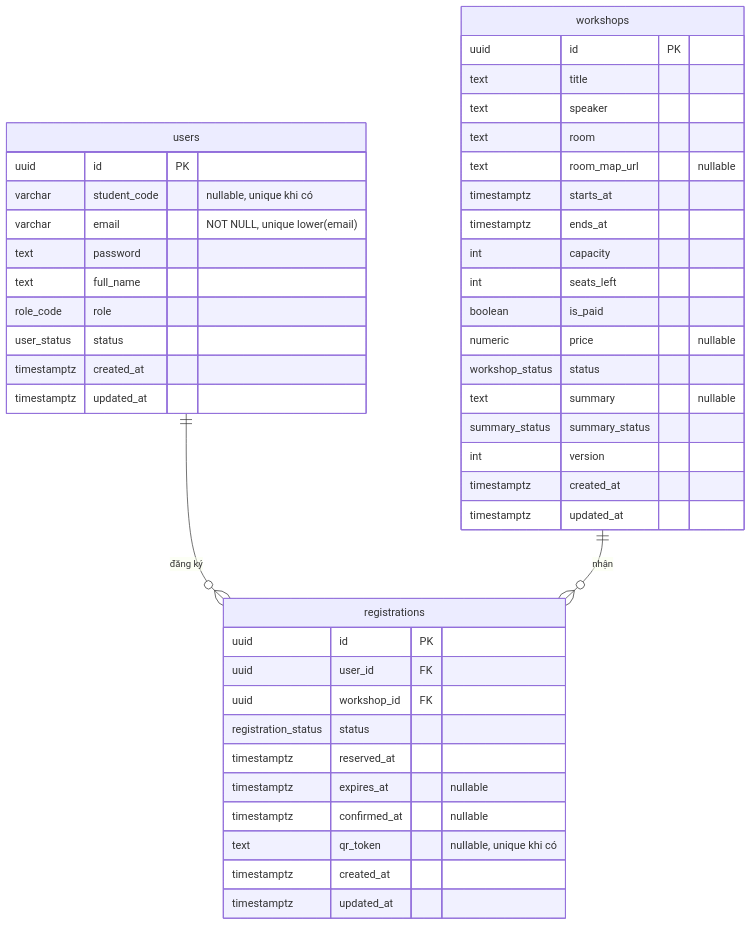
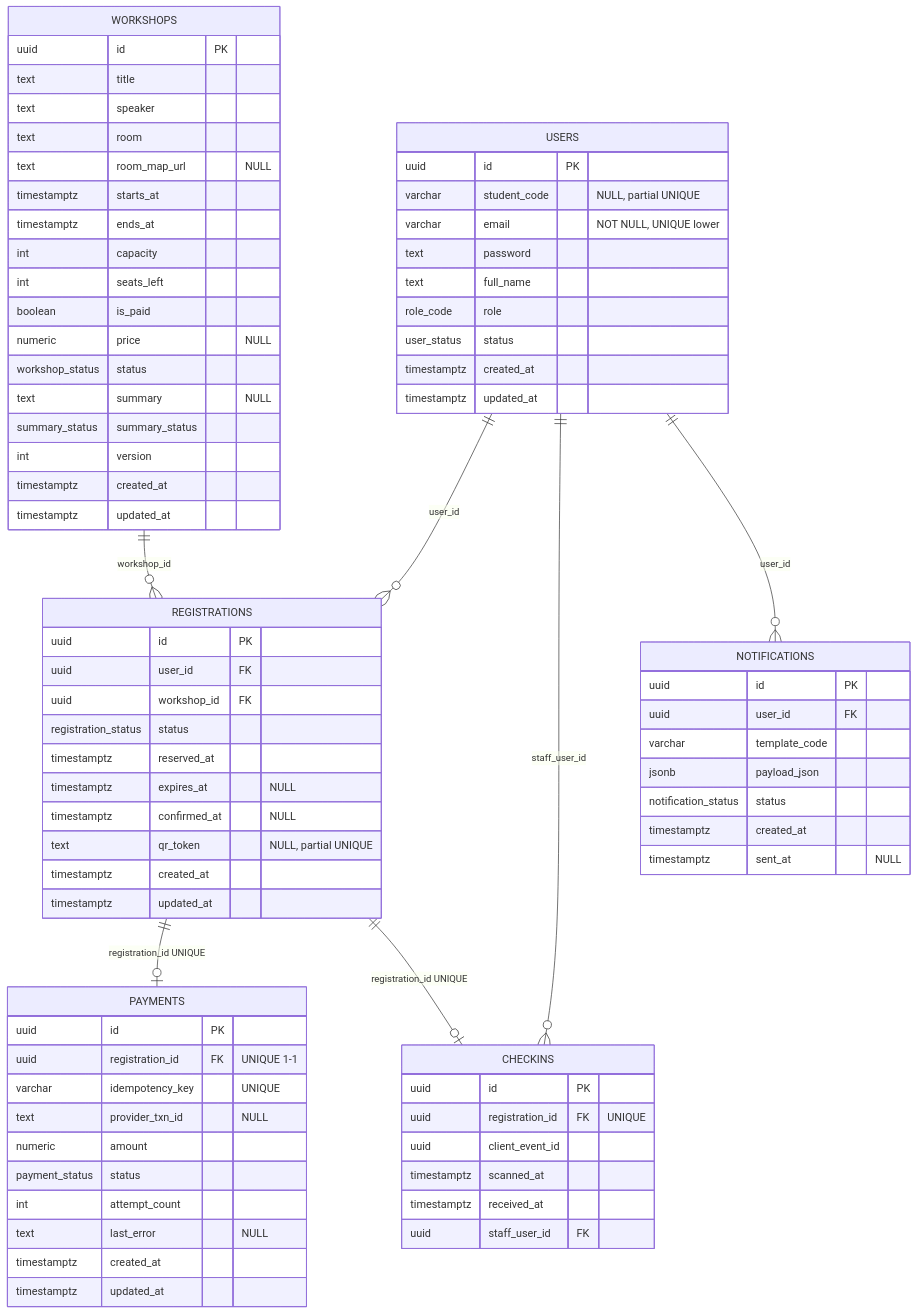
One commit to thinhngoo/UniHub-Workshop changed the fourth of 4 diagrams in blueprint/design.md. Above: the diagram before and after it, drawn with Mermaid. The commit also changed other lines of this file and 1 other file, not shown here.

````diff
--- a/blueprint/design.md
+++ b/blueprint/design.md
@@ -101,12 +168,16 @@
 ```mermaid
 erDiagram
-    users ||--o{ registrations : "đăng ký"
-    workshops ||--o{ registrations : "nhận"
+    USERS ||--o{ REGISTRATIONS : "user_id"
+    WORKSHOPS ||--o{ REGISTRATIONS : "workshop_id"
+    REGISTRATIONS ||--o| PAYMENTS : "registration_id UNIQUE"
+    REGISTRATIONS ||--o| CHECKINS : "registration_id UNIQUE"
+    USERS ||--o{ CHECKINS : "staff_user_id"
+    USERS ||--o{ NOTIFICATIONS : "user_id"
 
-    users {
+    USERS {
         uuid id PK
-        varchar student_code "nullable, unique khi có"
-        varchar email "NOT NULL, unique lower(email)"
+        varchar student_code "NULL, partial UNIQUE"
+        varchar email "NOT NULL, UNIQUE lower"
         text password
         text full_name
         role_code role
@@ -115,36 +186,68 @@
         timestamptz updated_at
     }
 
-    workshops {
+    WORKSHOPS {
         uuid id PK
         text title
         text speaker
         text room
-        text room_map_url "nullable"
+        text room_map_url "NULL"
         timestamptz starts_at
         timestamptz ends_at
         int capacity
         int seats_left
         boolean is_paid
-        numeric price "nullable"
+        numeric price "NULL"
         workshop_status status
-        text summary "nullable"
+        text summary "NULL"
         summary_status summary_status
         int version
         timestamptz created_at
         timestamptz updated_at
     }
 
-    registrations {
+    REGISTRATIONS {
         uuid id PK
         uuid user_id FK
         uuid workshop_id FK
         registration_status status
         timestamptz reserved_at
-        timestamptz expires_at "nullable"
-        timestamptz confirmed_at "nullable"
-        text qr_token "nullable, unique khi có"
+        timestamptz expires_at "NULL"
+        timestamptz confirmed_at "NULL"
+        text qr_token "NULL, partial UNIQUE"
         timestamptz created_at
         timestamptz updated_at
     }
+
+    PAYMENTS {
+        uuid id PK
+        uuid registration_id FK "UNIQUE 1-1"
+        varchar idempotency_key "UNIQUE"
+        text provider_txn_id "NULL"
+        numeric amount
+        payment_status status
+        int attempt_count
+        text last_error "NULL"
+        timestamptz created_at
+        timestamptz updated_at
+    }
+
+    CHECKINS {
+        uuid id PK
+        uuid registration_id FK "UNIQUE"
+        uuid client_event_id
+        timestamptz scanned_at
+        timestamptz received_at
+        uuid staff_user_id FK
+    }
+
+    NOTIFICATIONS {
+        uuid id PK
+        uuid user_id FK
+        varchar template_code
+        jsonb payload_json
+        notification_status status
+        timestamptz created_at
+        timestamptz sent_at "NULL"
+    }
 ```
````
